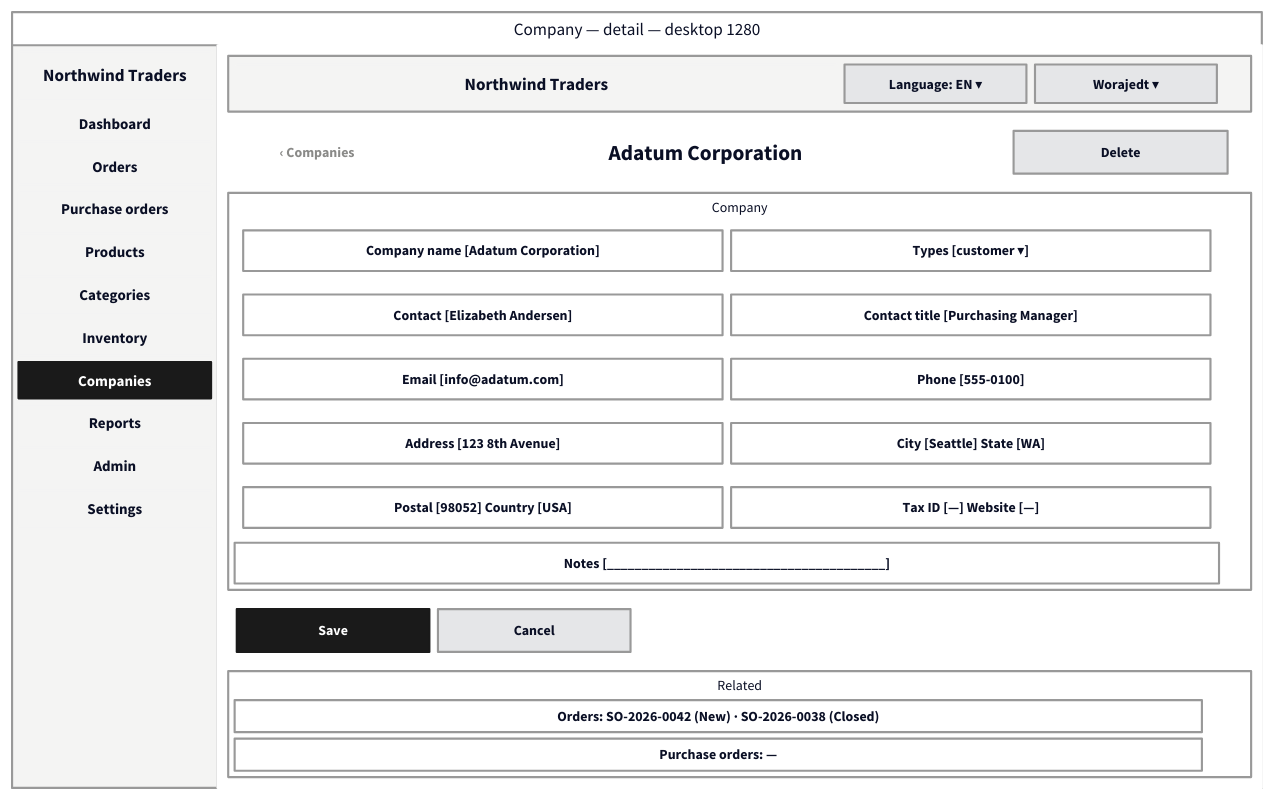
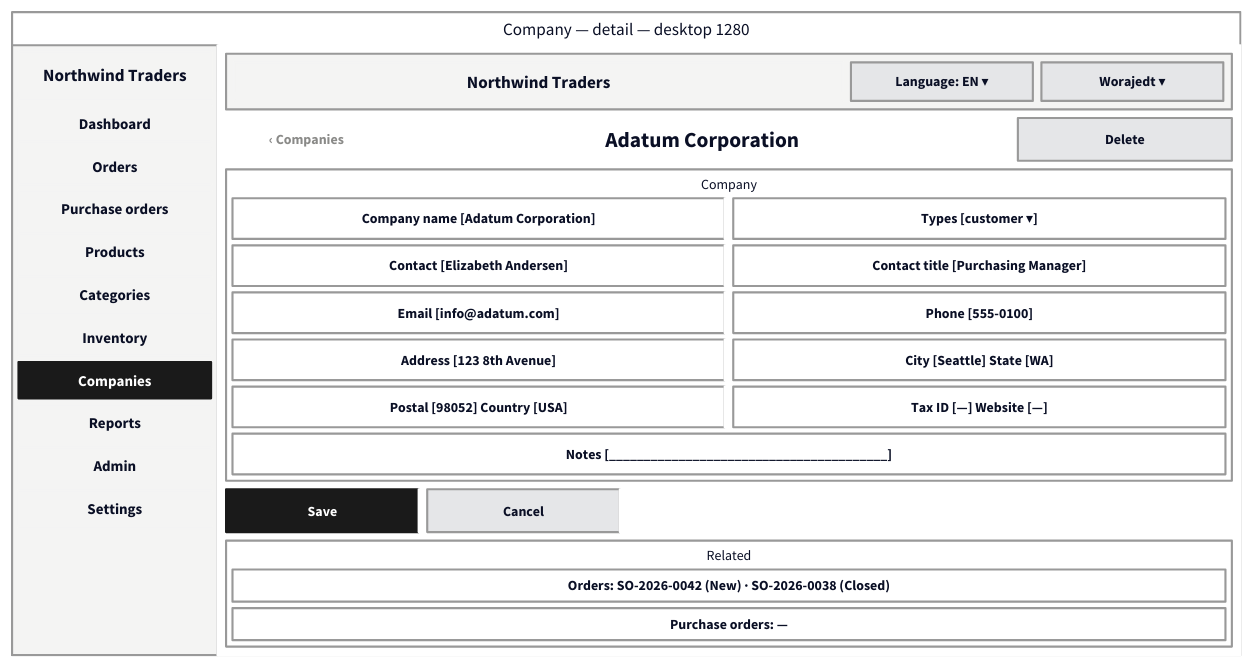
The diagram in docs/07-wireframes/04-company-detail.desktop.d2 (jedt3d/northwind-design), drawn with D2 before and after one commit. The commit also changed 99 other files, not shown here.

Commit message:
feat: dashboard analytics (7 chart panels), companies lifetime totals, table header alignment fix; docs+wireframes updated; 86 tests green

```diff
--- a/docs/07-wireframes/04-company-detail.desktop.d2
+++ b/docs/07-wireframes/04-company-detail.desktop.d2
@@ -1,134 +1,143 @@
 # PRD: F3 Company detail (desktop 1280)
 # GUI wireframe: one page frame, sidebar left, topbar on top, content zones stacked.
 direction: down
 
 classes: {
   frame: {style: {fill: "#ffffff"; stroke: "#999999"; stroke-width: 2; font-size: 16}}
   plain: {style: {fill: "#ffffff"; stroke: "#ffffff"}}
   bar: {style: {fill: "#f4f4f3"; stroke: "#999999"}}
   barlbl: {style: {fill: "#f4f4f3"; stroke: "#f4f4f3"}}
   slogo: {style: {fill: "#f4f4f3"; stroke: "#f4f4f3"; bold: true; font-size: 16}}
   nav: {style: {fill: "#f4f4f3"; stroke: "#f4f4f3"; font-size: 14}}
   navon: {style: {fill: "#1a1a1a"; stroke: "#1a1a1a"; font-color: "#ffffff"; font-size: 14}}
   h1: {style: {fill: "#ffffff"; stroke: "#ffffff"; bold: true; font-size: 20}}
   txt: {style: {fill: "#ffffff"; stroke: "#ffffff"; font-size: 13}}
   muted: {style: {fill: "#ffffff"; stroke: "#ffffff"; font-color: "#8a8a88"; font-size: 13}}
   zone: {style: {fill: "#ffffff"; stroke: "#999999"; font-size: 13}}
   field: {style: {fill: "#ffffff"; stroke: "#999999"; font-size: 13}}
   btn: {style: {fill: "#e5e6e8"; stroke: "#999999"; font-size: 13}}
   primary: {style: {fill: "#1a1a1a"; stroke: "#1a1a1a"; font-color: "#ffffff"; font-size: 13}}
   head: {style: {fill: "#e5e6e8"; stroke: "#999999"; bold: true; font-size: 13}}
   cell: {style: {fill: "#ffffff"; stroke: "#999999"; font-size: 13}}
 }
 
 page: {
   label: "Company — detail — desktop 1280"
   class: frame
   grid-columns: 2
   grid-gap: 0
   sidebar: {
     label: ""
     class: bar
     grid-columns: 1
     grid-gap: 6
     logo: {label: "Northwind Traders"; class: slogo; width: 180; height: 44}
     n0: {label: "Dashboard"; class: nav; width: 180; height: 34}
     n1: {label: "Orders"; class: nav; width: 180; height: 34}
     n2: {label: "Purchase orders"; class: nav; width: 180; height: 34}
     n3: {label: "Products"; class: nav; width: 180; height: 34}
     n4: {label: "Categories"; class: nav; width: 180; height: 34}
     n5: {label: "Inventory"; class: nav; width: 180; height: 34}
     n6: {label: "Companies"; class: navon; width: 180; height: 34}
     n7: {label: "Reports"; class: nav; width: 180; height: 34}
     n8: {label: "Admin"; class: nav; width: 180; height: 34}
     n9: {label: "Settings"; class: nav; width: 180; height: 34}
   }
   main: {
     label: ""
     class: plain
     grid-columns: 1
-    grid-gap: 10
+    grid-gap: 8
     topbar: {
       label: ""
       class: bar
       grid-columns: 3
       grid-gap: 8
-      apptitle: {label: "Northwind Traders"; class: barlbl; width: 560; height: 36}
+      apptitle: {label: "Northwind Traders"; class: barlbl; width: 568; height: 36}
       lang: {label: "Language: EN ▾"; class: btn; width: 170; height: 36}
       user: {label: "Worajedt ▾"; class: btn; width: 170; height: 36}
     }
     hdr: {
       label: ""
       class: plain
-      grid-columns: 3
-      grid-gap: 8
+      grid-columns: 5
+      grid-gap: 0
       back: {label: "‹ Companies"; class: muted; width: 150; height: 40}
-      h1: {label: "Adatum Corporation"; class: h1; width: 560; height: 40}
+      gsp1: {label: ""; class: plain; width: 8; height: 40}
+      h1: {label: "Adatum Corporation"; class: h1; width: 574; height: 40}
+      gsp2: {label: ""; class: plain; width: 8; height: 40}
       del: {label: "Delete"; class: btn; width: 200; height: 40}
     }
     form: {
       label: "Company"
       class: zone
       grid-columns: 1
       grid-gap: 6
       r1: {
         label: ""
         class: plain
-        grid-columns: 2
-        grid-gap: 8
-        f1: {label: "Company name  [Adatum Corporation]"; class: field; width: 448; height: 38}
-        f2: {label: "Types  [customer ▾]"; class: field; width: 448; height: 38}
+        grid-columns: 3
+        grid-gap: 0
+        f1: {label: "Company name  [Adatum Corporation]"; class: field; width: 460; height: 38}
+        gsp1: {label: ""; class: plain; width: 8; height: 38}
+        f2: {label: "Types  [customer ▾]"; class: field; width: 460; height: 38}
       }
       r2: {
         label: ""
         class: plain
-        grid-columns: 2
-        grid-gap: 8
-        f1: {label: "Contact  [Elizabeth Andersen]"; class: field; width: 448; height: 38}
-        f2: {label: "Contact title  [Purchasing Manager]"; class: field; width: 448; height: 38}
+        grid-columns: 3
+        grid-gap: 0
+        f1: {label: "Contact  [Elizabeth Andersen]"; class: field; width: 460; height: 38}
+        gsp1: {label: ""; class: plain; width: 8; height: 38}
+        f2: {label: "Contact title  [Purchasing Manager]"; class: field; width: 460; height: 38}
       }
       r3: {
         label: ""
         class: plain
-        grid-columns: 2
-        grid-gap: 8
-        f1: {label: "Email  [info@adatum.com]"; class: field; width: 448; height: 38}
-        f2: {label: "Phone  [555-0100]"; class: field; width: 448; height: 38}
+        grid-columns: 3
+        grid-gap: 0
+        f1: {label: "Email  [info@adatum.com]"; class: field; width: 460; height: 38}
+        gsp1: {label: ""; class: plain; width: 8; height: 38}
+        f2: {label: "Phone  [555-0100]"; class: field; width: 460; height: 38}
       }
       r4: {
         label: ""
         class: plain
-        grid-columns: 2
-        grid-gap: 8
-        f1: {label: "Address  [123 8th Avenue]"; class: field; width: 448; height: 38}
-        f2: {label: "City [Seattle]   State [WA]"; class: field; width: 448; height: 38}
+        grid-columns: 3
+        grid-gap: 0
+        f1: {label: "Address  [123 8th Avenue]"; class: field; width: 460; height: 38}
+        gsp1: {label: ""; class: plain; width: 8; height: 38}
+        f2: {label: "City [Seattle]   State [WA]"; class: field; width: 460; height: 38}
       }
       r5: {
         label: ""
         class: plain
-        grid-columns: 2
-        grid-gap: 8
-        f1: {label: "Postal [98052]   Country [USA]"; class: field; width: 448; height: 38}
-        f2: {label: "Tax ID [—]   Website [—]"; class: field; width: 448; height: 38}
+        grid-columns: 3
+        grid-gap: 0
+        f1: {label: "Postal [98052]   Country [USA]"; class: field; width: 460; height: 38}
+        gsp1: {label: ""; class: plain; width: 8; height: 38}
+        f2: {label: "Tax ID [—]   Website [—]"; class: field; width: 460; height: 38}
       }
-      notes: {label: "Notes  [________________________________________]"; class: field; width: 904; height: 38}
+      notes: {label: "Notes  [________________________________________]"; class: field; width: 928; height: 38}
     }
     save: {
       label: ""
       class: plain
-      grid-columns: 3
-      grid-gap: 8
+      grid-columns: 5
+      grid-gap: 0
       s: {label: "Save"; class: primary; width: 180; height: 40}
+      gsp1: {label: ""; class: plain; width: 8; height: 40}
       c: {label: "Cancel"; class: btn; width: 180; height: 40}
+      gsp2: {label: ""; class: plain; width: 8; height: 40}
       sp: {label: ""; class: plain; width: 564; height: 40}
     }
     rel: {
       label: "Related"
       class: zone
       grid-columns: 1
       grid-gap: 6
-      a: {label: "Orders:  SO-2026-0042 (New) · SO-2026-0038 (Closed)"; class: cell; width: 904; height: 30}
-      b: {label: "Purchase orders:  —"; class: cell; width: 904; height: 30}
+      a: {label: "Orders:  SO-2026-0042 (New) · SO-2026-0038 (Closed)"; class: cell; width: 928; height: 30}
+      b: {label: "Purchase orders:  —"; class: cell; width: 928; height: 30}
     }
   }
 }
```
